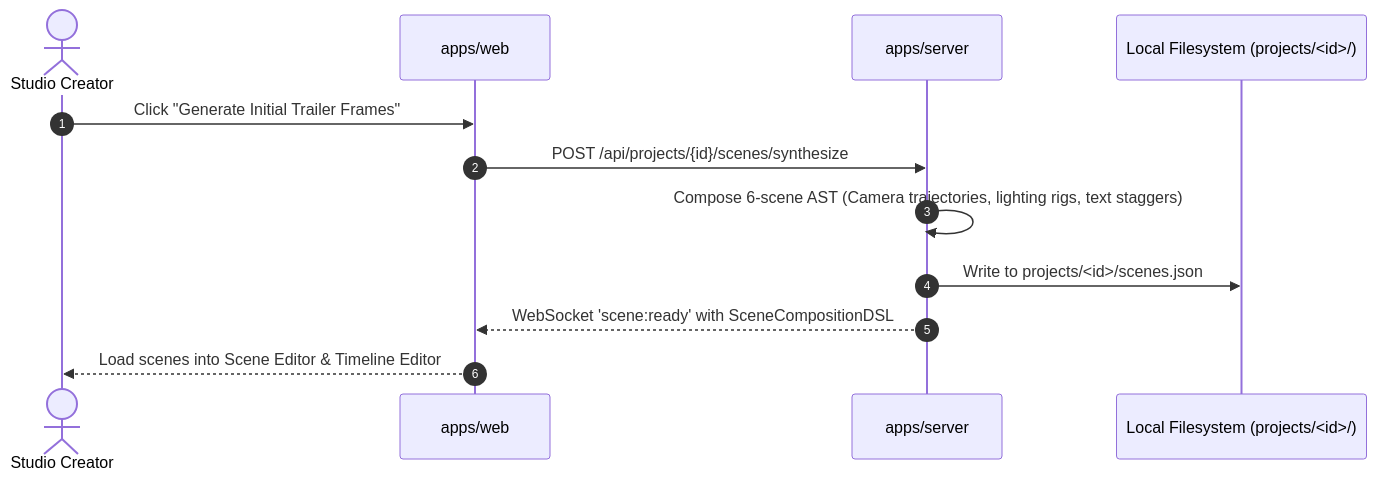
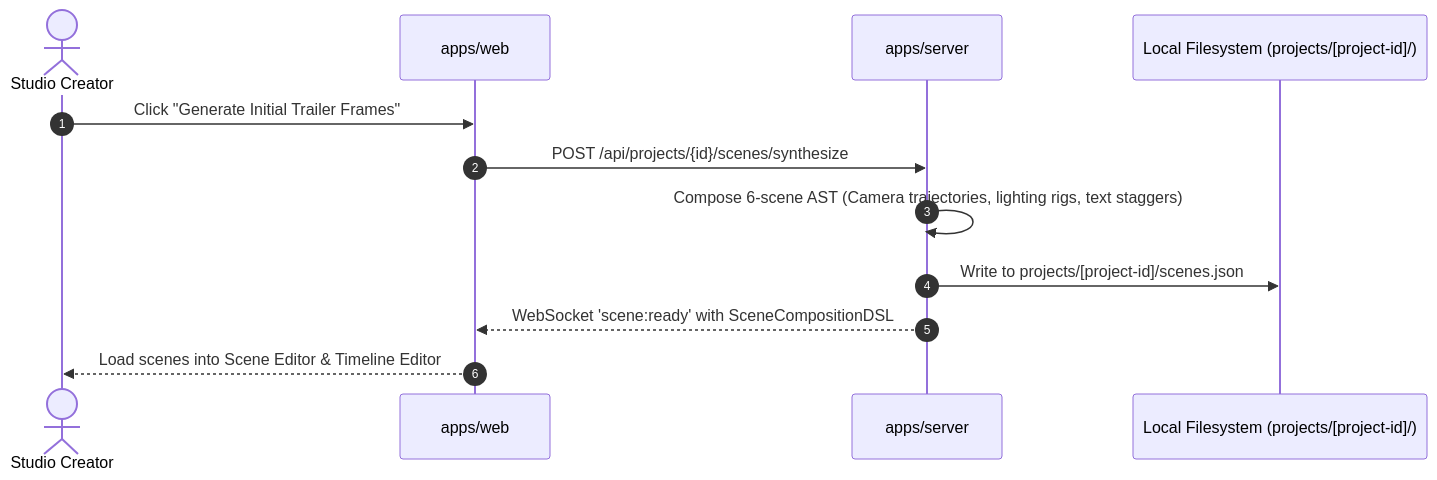
One commit to hoanglong2206/Video-Tool changed the second of 5 diagrams in docs/architecture/DATA_FLOW.md. Above: the diagram before and after it, drawn with Mermaid. The commit also changed other lines of this file and 8 other files, not shown here.

First line of the commit message:
fix(docs): fix Mermaid diagram syntax errors and unescaped tags

````diff
--- a/docs/architecture/DATA_FLOW.md
+++ b/docs/architecture/DATA_FLOW.md
@@ -50,15 +50,15 @@
 ```mermaid
 sequenceDiagram
     autonumber
     actor Creator as Studio Creator
     participant Web as apps/web
     participant API as apps/server
-    participant FS as Local Filesystem (projects/<id>/)
+    participant FS as Local Filesystem (projects/[project-id]/)
 
     Creator->>Web: Click "Generate Initial Trailer Frames"
     Web->>API: POST /api/projects/{id}/scenes/synthesize
     API->>API: Compose 6-scene AST (Camera trajectories, lighting rigs, text staggers)
-    API->>FS: Write to projects/<id>/scenes.json
+    API->>FS: Write to projects/[project-id]/scenes.json
     API-->>Web: WebSocket 'scene:ready' with SceneCompositionDSL
     Web-->>Creator: Load scenes into Scene Editor & Timeline Editor
 ```
````
